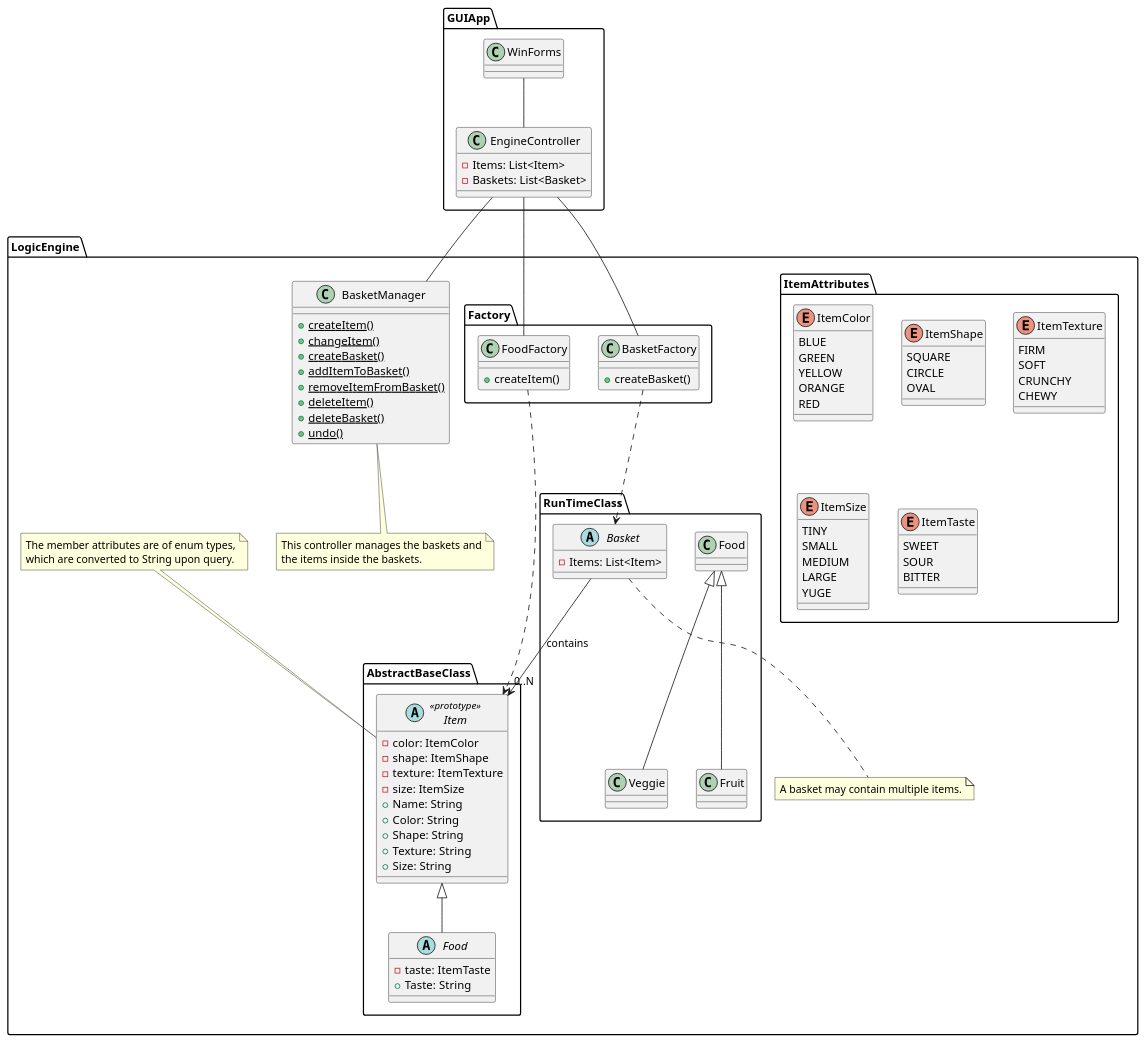
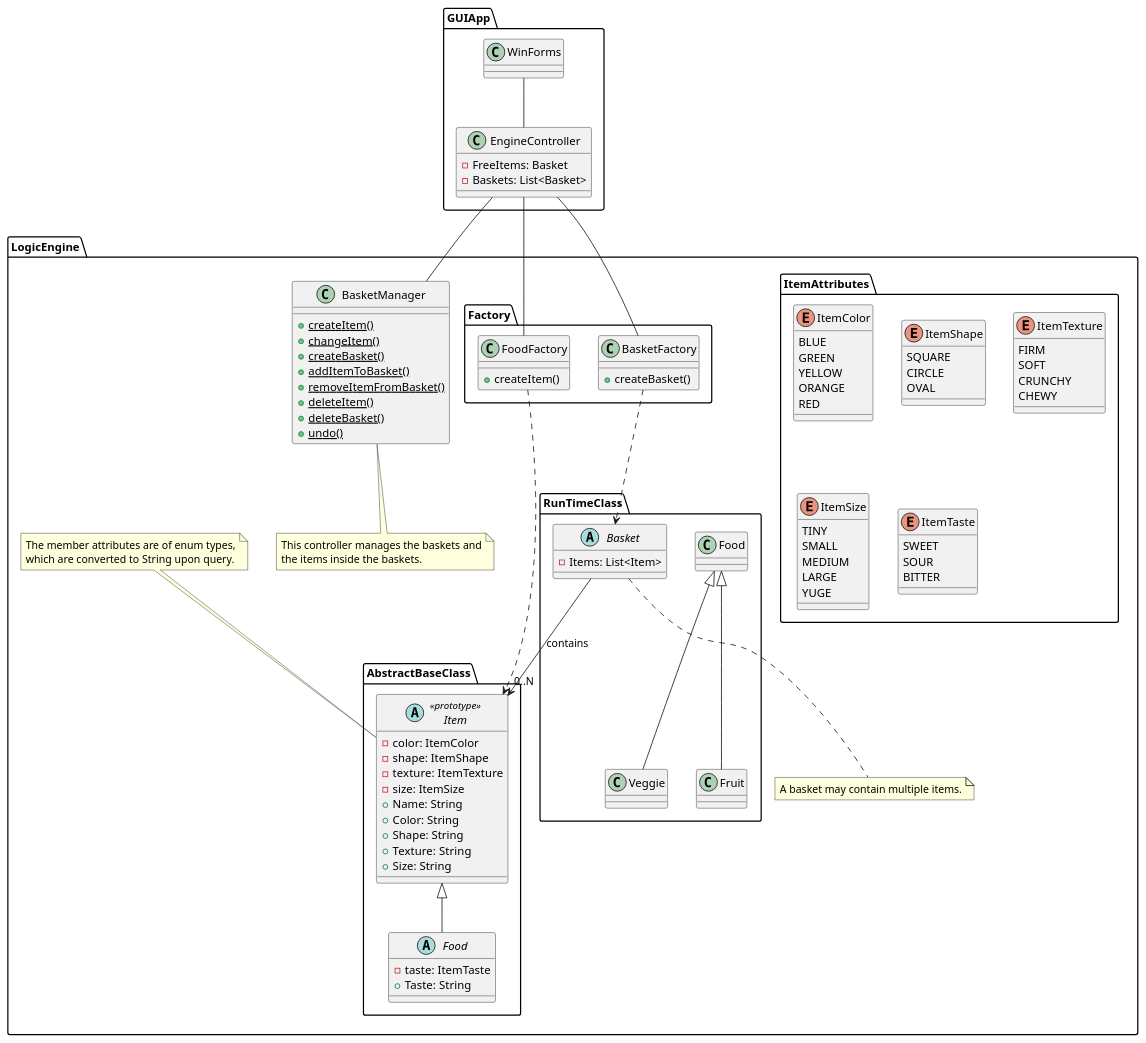
The diagram in FinalExamProject/Design_Documents/CharlesNorden-ClassDiagram.wsd (abenezerangelos/wsu-cpts321-Final), drawn with PlantUML before and after one commit. The commit also changed 1 other file, not shown here.

Commit message:
Changed the type of FreeItems in UML diagram.

```diff
--- a/FinalExamProject/Design_Documents/CharlesNorden-ClassDiagram.wsd
+++ b/FinalExamProject/Design_Documents/CharlesNorden-ClassDiagram.wsd
@@ -1,125 +1,125 @@
 @startuml "CharlesNorden-ClassDiagram"
 
 package "GUIApp" {
     class EngineController {
-        -Items: List<Item>
+        -FreeItems: Basket
         -Baskets: List<Basket>
     }
 
     WinForms -- EngineController
 }
 
 package "LogicEngine" {
     class BasketManager {
         {static} +createItem()
         {static} +changeItem()
         {static} +createBasket()
         {static} +addItemToBasket()
         {static} +removeItemFromBasket()
         {static} +deleteItem()
         {static} +deleteBasket()
         {static} +undo()
     }
 
     package "AbstractBaseClass" {
         abstract class Item << prototype >> {
             -color: ItemColor
             -shape: ItemShape
             -texture: ItemTexture
             -size: ItemSize
             +Name: String
             +Color: String
             +Shape: String
             +Texture: String
             +Size: String
         }
 
         abstract class Food extends Item {
             -taste: ItemTaste
             +Taste: String
         }
     }
 
     package "ItemAttributes" {
         enum ItemColor {
             BLUE
             GREEN
             YELLOW
             ORANGE
             RED
         }
 
         enum ItemShape {
             SQUARE
             CIRCLE
             OVAL
         }
 
         enum ItemTexture {
             FIRM
             SOFT
             CRUNCHY
             CHEWY
         }
 
         enum ItemSize {
             TINY
             SMALL
             MEDIUM
             LARGE
             YUGE
         }
 
         enum ItemTaste {
             SWEET
             SOUR
             BITTER
         }
     }
 
     package "RunTimeClass" {
         class Veggie extends Food {
         }
 
         class Fruit extends Food{
         }
 
         abstract class Basket {
             -Items: List<Item>
         }
     }
     package Factory {
         class BasketFactory {
             +createBasket()
         }
 
         class FoodFactory {
             +createItem()
         }
 
         BasketFactory ..> Basket
         FoodFactory ..> Item
 
         EngineController -- BasketManager
         EngineController -- BasketFactory
         EngineController -- FoodFactory
 
         Basket --> "0..N" Item : contains
     }
 
     note bottom of BasketManager
         This controller manages the baskets and
         the items inside the baskets.
     end note
 
     note top of Item
         The member attributes are of enum types,
         which are converted to String upon query.
     end note
 
     note bottom of Basket
         A basket may contain multiple items.
     end note
 }
 
 @enduml
```
